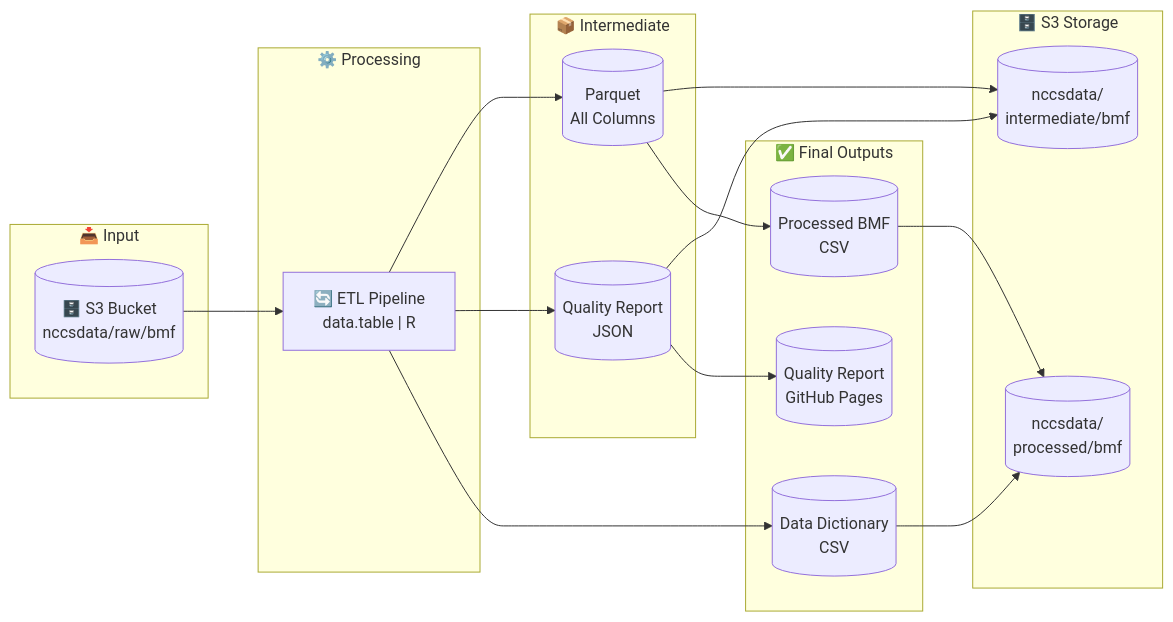
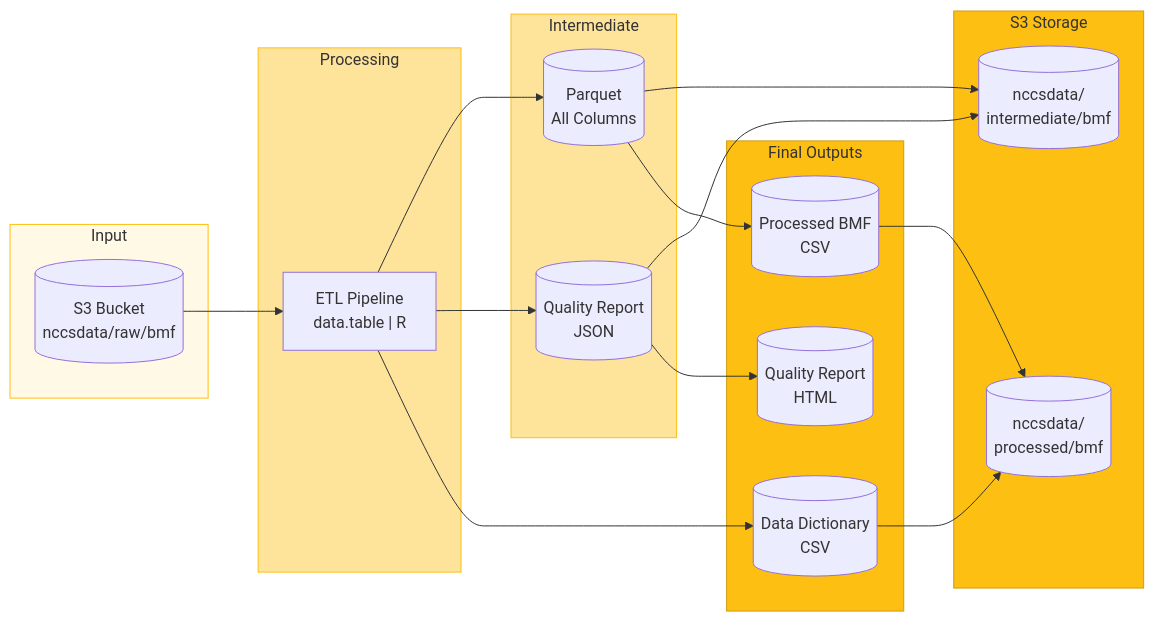
One commit to UrbanInstitute/nccs-data-bmf changed the diagram in docs/index.qmd. Above: the diagram before and after it, drawn with Mermaid. The commit also changed other lines of this file and 8 other files, not shown here.

````diff
--- a/docs/index.qmd
+++ b/docs/index.qmd
@@ -13,37 +13,45 @@
 ```{mermaid}
+%%| fig-width: 10
+%%| fig-height: 6
 flowchart LR
-    subgraph input["📥 Input"]
-        A[("🗄️ S3 Bucket<br/>nccsdata/raw/bmf")]
+    subgraph input["Input"]
+        A[("S3 Bucket<br/>nccsdata/raw/bmf")]
     end
 
-    subgraph process["⚙️ Processing"]
-        B["🔄 ETL Pipeline<br/>data.table | R"]
+    subgraph process["Processing"]
+        B["ETL Pipeline<br/>data.table | R"]
     end
 
-    subgraph intermediate["📦 Intermediate"]
+    subgraph intermediate["Intermediate"]
         C[("Parquet<br/>All Columns")]
         D[("Quality Report<br/>JSON")]
     end
 
-    subgraph final["✅ Final Outputs"]
+    subgraph final["Final Outputs"]
         F[("Processed BMF<br/>CSV")]
         G[("Data Dictionary<br/>CSV")]
-        H[("Quality Report<br/>GitHub Pages")]
+        H[("Quality Report<br/>HTML")]
     end
 
-    subgraph storage["🗄️ S3 Storage"]
+    subgraph storage["S3 Storage"]
         E[("nccsdata/<br/>intermediate/bmf")]
         I[("nccsdata/<br/>processed/bmf")]
     end
 
     A --> B
     B --> C
     B --> D
     B --> G
     C --> E
     D --> E
     C --> F
     D --> H
     F --> I
     G --> I
+
+    style input fill:#fff9e6,stroke:#fdbf11
+    style process fill:#fee39b,stroke:#fdbf11
+    style intermediate fill:#fee39b,stroke:#fdbf11
+    style final fill:#fdbf11,stroke:#d19c0f
+    style storage fill:#fdbf11,stroke:#d19c0f
 ```
````
